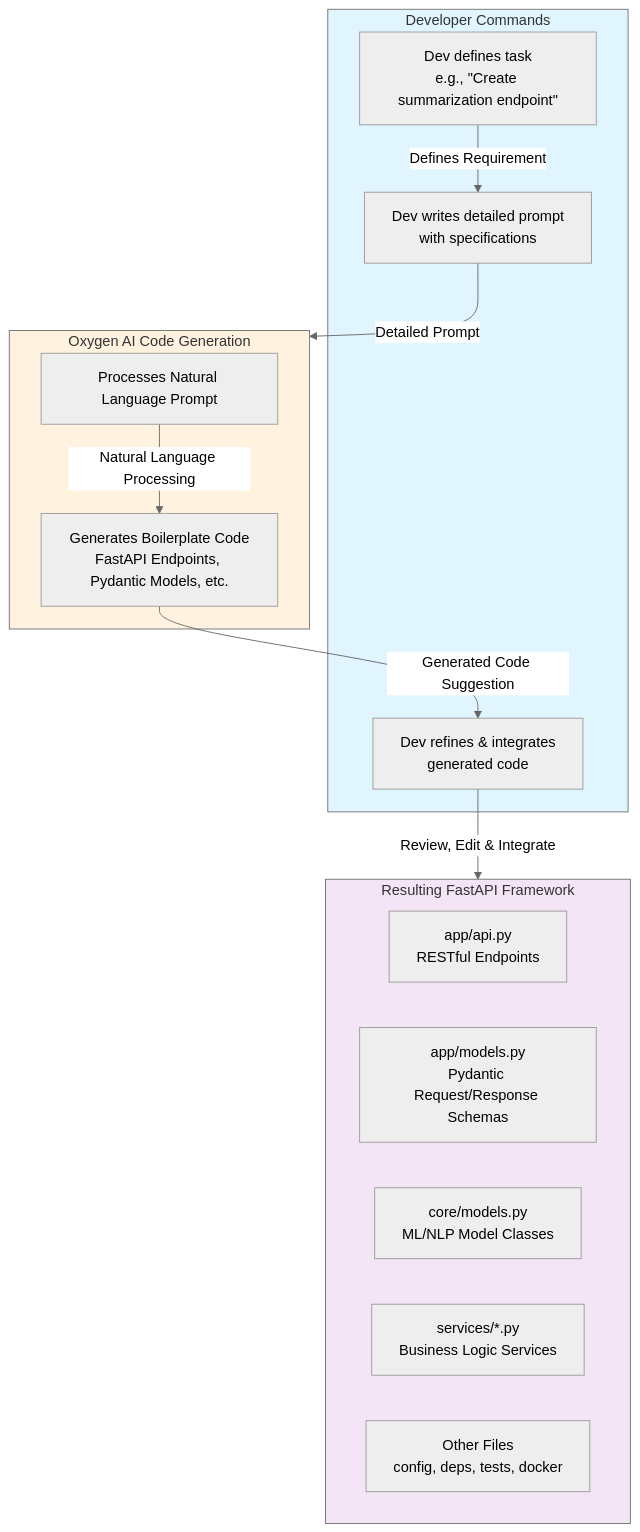
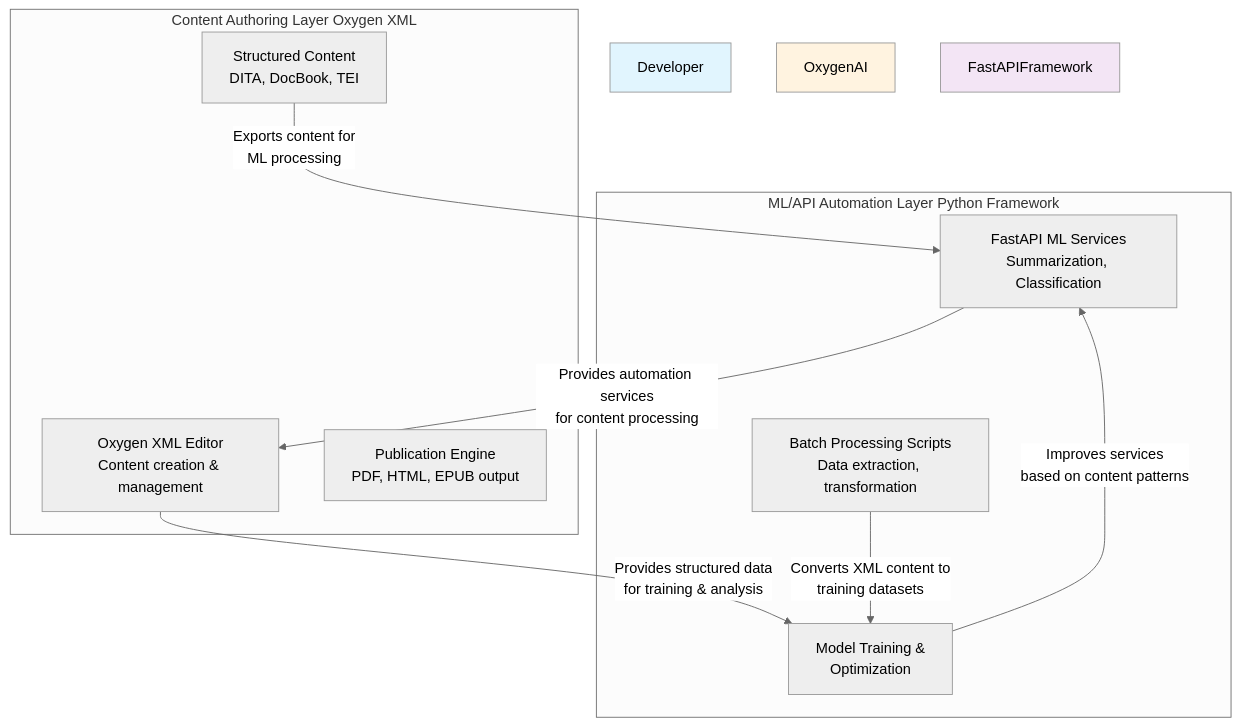
One commit to hperedo/Python-Script-for-ML-NLP-Development-Framework changed the first of 2 diagrams in README.md. Above: the diagram before and after it, drawn with Mermaid (neutral theme). The commit also changed other lines of this file, not shown here.

````diff
--- a/README.md
+++ b/README.md
@@ -41,31 +41,26 @@
 ```mermaid
 flowchart TD
-    subgraph Developer [Developer Commands]
-        A[Dev defines task<br>e.g., &quot;Create summarization endpoint&quot;]
-        B[Dev writes detailed prompt<br>with specifications]
-        C[Dev refines & integrates<br>generated code]
+    subgraph ML [ML/API Automation Layer Python Framework]
+        A[FastAPI ML Services<br>Summarization, Classification]
+        B[Batch Processing Scripts<br>Data extraction, transformation]
+        C[Model Training &<br>Optimization]
     end
 
-    subgraph OxygenAI [Oxygen AI Code Generation]
-        D[Processes Natural Language Prompt]
-        E[Generates Boilerplate Code<br>FastAPI Endpoints, Pydantic Models, etc.]
+    subgraph XML [Content Authoring Layer Oxygen XML]
+        D[Oxygen XML Editor<br>Content creation & management]
+        E[Structured Content<br>DITA, DocBook, TEI]
+        F[Publication Engine<br>PDF, HTML, EPUB output]
     end
 
-    subgraph FastAPIFramework [Resulting FastAPI Framework]
-        F[app/api.py<br>RESTful Endpoints]
-        G[app/models.py<br>Pydantic Request/Response Schemas]
-        H[core/models.py<br>ML/NLP Model Classes]
-        I[services/*.py<br>Business Logic Services]
-        J[Other Files<br>config, deps, tests, docker]
-    end
-
-    A -- "Defines Requirement" --> B
-    B -- "Detailed Prompt" --> OxygenAI
-    D -- "Natural Language Processing" --> E
-    E -- "Generated Code Suggestion" --> C
-    C -- "Review, Edit & Integrate" --> FastAPIFramework
+    A -- "Provides automation services<br>for content processing" --> D
+    D -- "Provides structured data<br>for training & analysis" --> C
+    
+    B -- "Converts XML content to<br>training datasets" --> C
+    E -- "Exports content for<br>ML processing" --> A
+    
+    C -- "Improves services<br>based on content patterns" --> A
 
     style Developer fill:#e1f5fe
     style OxygenAI fill:#fff3e0
     style FastAPIFramework fill:#f3e5f5
 ```
````
